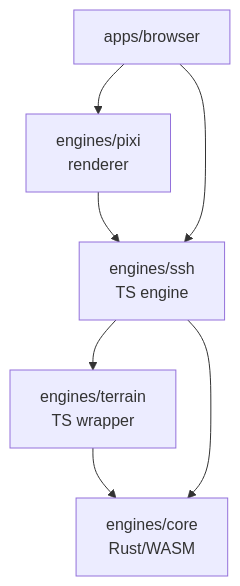
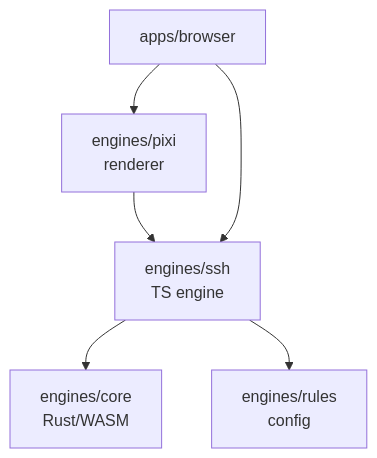
One commit to eddow/anarkai changed the diagram in docs/rust-core.md. Above: the diagram before and after it, drawn with Mermaid. The commit also changed other lines of this file and 20 other files, not shown here.

````diff
--- a/docs/rust-core.md
+++ b/docs/rust-core.md
@@ -92,15 +77,14 @@
 ```mermaid
 graph TD
     Core[engines/core<br/>Rust/WASM]
-    Terrain[engines/terrain<br/>TS wrapper]
     SSH[engines/ssh<br/>TS engine]
     Pixi[engines/pixi<br/>renderer]
     Browser[apps/browser]
+    Rules[engines/rules<br/>config]
 
-    Terrain --> Core
     SSH --> Core
-    SSH --> Terrain
+    SSH --> Rules
     Pixi --> SSH
     Browser --> Pixi
     Browser --> SSH
 ```
````
